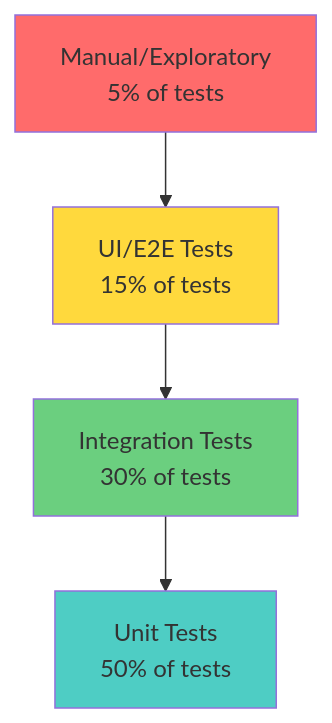
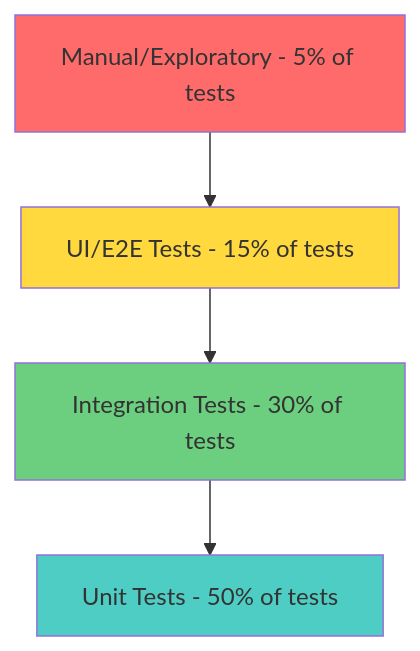
Before and after one commit to codezelaca/pm-ba-lifecycle: the diagram in 01-curriculum/06-quality-assurance.md, drawn with Mermaid. The commit also changed 11 other files, not shown here.

Commit message:
docs: standardize multi-line text formatting in diagrams and tables by replacing HTML line breaks with hyphens.

````diff
--- a/01-curriculum/06-quality-assurance.md
+++ b/01-curriculum/06-quality-assurance.md
@@ -35,11 +35,11 @@
 ```mermaid
 graph TD
-    A[Manual/Exploratory<br/>5% of tests] --> B[UI/E2E Tests<br/>15% of tests]
-    B --> C[Integration Tests<br/>30% of tests]
-    C --> D[Unit Tests<br/>50% of tests]
+    A[Manual/Exploratory - 5% of tests] --> B[UI/E2E Tests - 15% of tests]
+    B --> C[Integration Tests - 30% of tests]
+    C --> D[Unit Tests - 50% of tests]
 
     style A fill:#ff6b6b
     style B fill:#ffd93d
     style C fill:#6bcf7f
     style D fill:#4ecdc4
 ```
````
